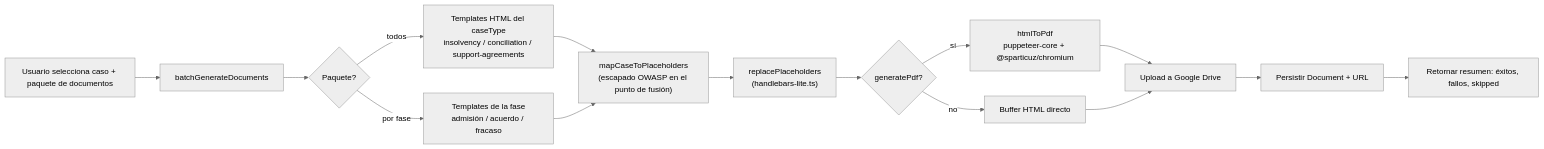
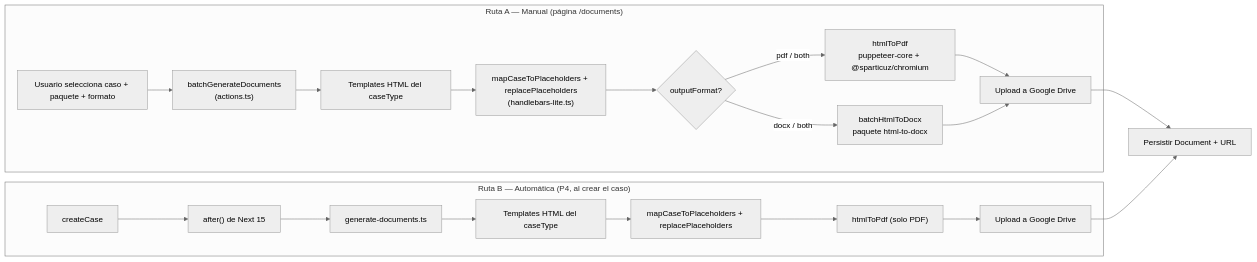
The sixth of 9 diagrams in docs/ARQUITECTURA.md (insolventic/insolventic), drawn with Mermaid (neutral theme) before and after one commit. The commit also changed other lines of this file and 2 other files, not shown here.

Commit message:
docs: correct document generation pipeline - DOCX export exists
A previous pass claimed PDF was the only output format after removing
the stale docxtemplater/pdf-lib references. That was wrong: there is
a real, actively-used DOCX export path via the html-to-docx package
(src/lib/html-to-docx.ts, wired into actions.ts:batchGenerateDocuments
from the /documents manual UI). It's separate from docxtemplater
(confirmed dead) and from the automatic P4 background job at case
creation (generate-documents.ts, PDF-only, no DOCX branch).

Corrects ARQUITECTURA.md §6, README.md stack table, and CLAUDE.md.

````diff
--- a/docs/ARQUITECTURA.md
+++ b/docs/ARQUITECTURA.md
@@ -179,17 +183,23 @@
 ```mermaid
 flowchart LR
-    A[Usuario selecciona caso + paquete de documentos] --> B[batchGenerateDocuments]
-    B --> C{Paquete?}
-    C -- "todos" --> D["Templates HTML del caseType<br/>insolvency / conciliation / support-agreements"]
-    C -- "por fase" --> E[Templates de la fase<br/>admisión / acuerdo / fracaso]
-    D --> F["mapCaseToPlaceholders<br/>(escapado OWASP en el punto de fusión)"]
-    E --> F
-    F --> G["replacePlaceholders<br/>(handlebars-lite.ts)"]
-    G --> H{generatePdf?}
-    H -- "sí" --> I["htmlToPdf<br/>puppeteer-core + @sparticuz/chromium"]
-    H -- "no" --> J[Buffer HTML directo]
-    I --> K[Upload a Google Drive]
-    J --> K
-    K --> L[Persistir Document + URL]
-    L --> M[Retornar resumen: éxitos, fallos, skipped]
+    subgraph Manual["Ruta A — Manual (página /documents)"]
+        A1[Usuario selecciona caso + paquete + formato] --> A2["batchGenerateDocuments<br/>(actions.ts)"]
+        A2 --> A3["Templates HTML del caseType"]
+        A3 --> A4["mapCaseToPlaceholders + replacePlaceholders<br/>(handlebars-lite.ts)"]
+        A4 --> A5{"outputFormat?"}
+        A5 -- "pdf / both" --> A6["htmlToPdf<br/>puppeteer-core + @sparticuz/chromium"]
+        A5 -- "docx / both" --> A7["batchHtmlToDocx<br/>paquete html-to-docx"]
+        A6 --> A8[Upload a Google Drive]
+        A7 --> A8
+    end
+    subgraph Auto["Ruta B — Automática (P4, al crear el caso)"]
+        B1["createCase"] --> B2["after() de Next 15"]
+        B2 --> B3["generate-documents.ts"]
+        B3 --> B4["Templates HTML del caseType"]
+        B4 --> B5["mapCaseToPlaceholders + replacePlaceholders"]
+        B5 --> B6["htmlToPdf (solo PDF)"]
+        B6 --> B7[Upload a Google Drive]
+    end
+    A8 --> Z[Persistir Document + URL]
+    B7 --> Z
 ```
````
